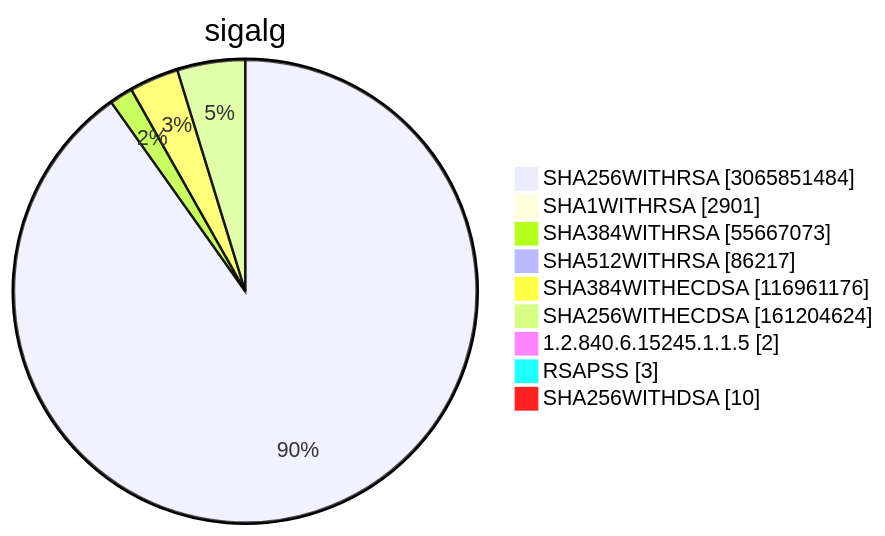
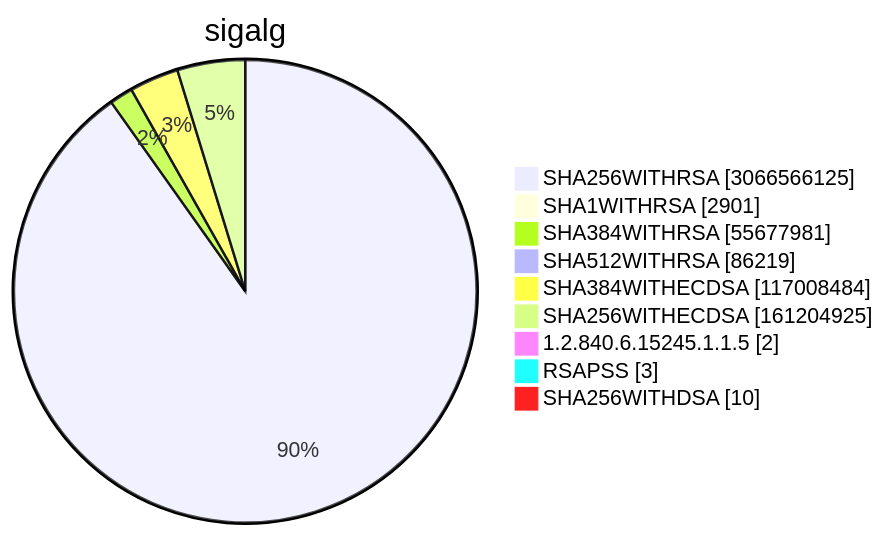
Diagram 15 of 15 in TOTAL/README.md (christiankrug/ctmonitor_visualization), drawn with Mermaid before and after one commit. The commit also changed other lines of this file, not shown here.

````diff
--- a/TOTAL/README.md
+++ b/TOTAL/README.md
@@ -6209,13 +6209,13 @@
 ```mermaid
 pie showData
 title sigalg
-"SHA256WITHRSA" :3065851484
+"SHA256WITHRSA" :3066566125
 "SHA1WITHRSA" :2901
-"SHA384WITHRSA" :55667073
-"SHA512WITHRSA" :86217
-"SHA384WITHECDSA" :116961176
-"SHA256WITHECDSA" :161204624
+"SHA384WITHRSA" :55677981
+"SHA512WITHRSA" :86219
+"SHA384WITHECDSA" :117008484
+"SHA256WITHECDSA" :161204925
 "1.2.840.6.15245.1.1.5" :2
 "RSAPSS" :3
 "SHA256WITHDSA" :10
 ```
````
